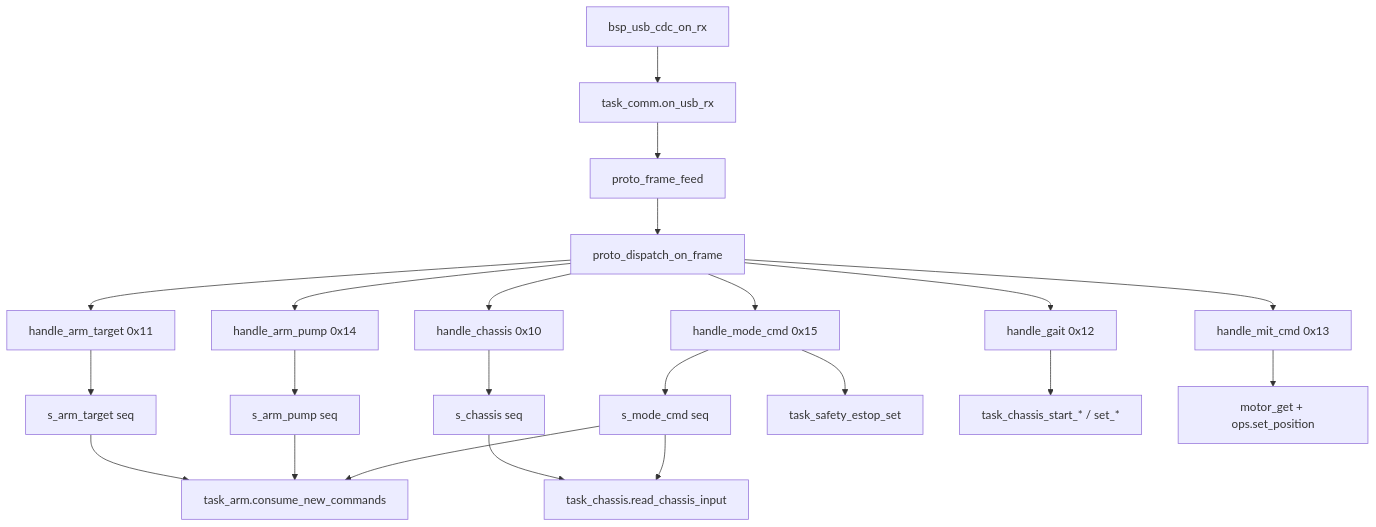
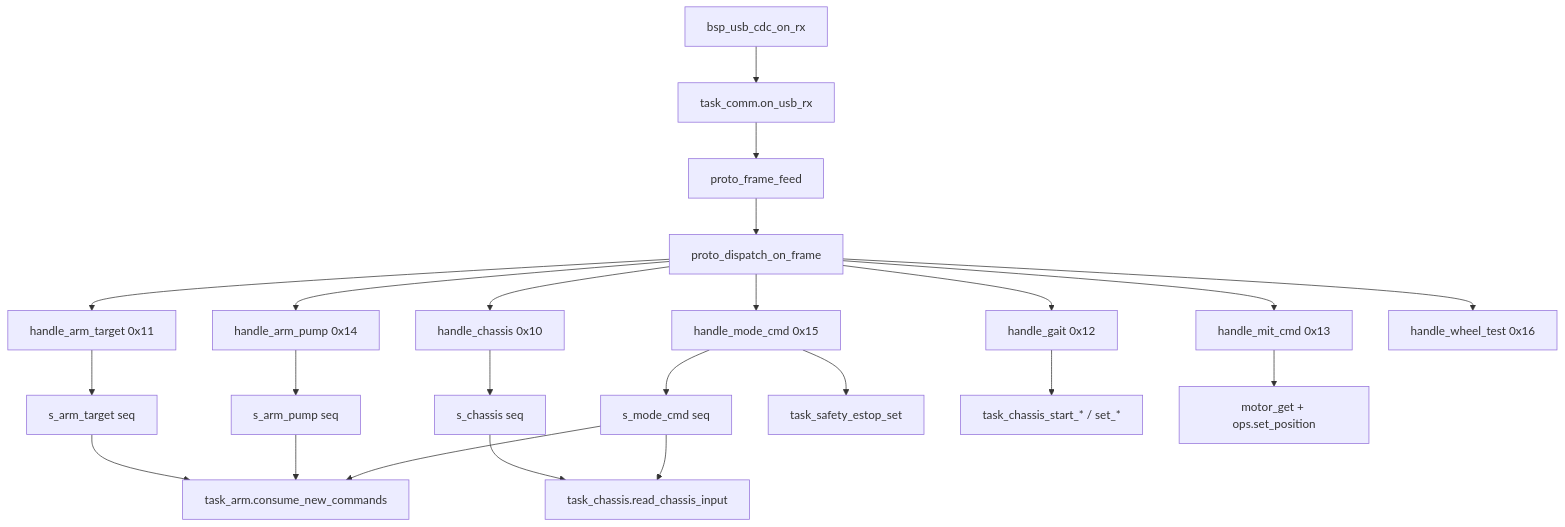
The first of 4 diagrams in docs/unified_control_code_map.md (perfectYYY/FengMH), drawn with Mermaid before and after one commit. The commit also changed other lines of this file and 24 other files, not shown here.

````diff
--- a/docs/unified_control_code_map.md
+++ b/docs/unified_control_code_map.md
@@ -21,27 +21,28 @@
 ```mermaid
 flowchart TD
     USB["bsp_usb_cdc_on_rx"] --> COMM_RX["task_comm.on_usb_rx"]
     COMM_RX --> FRAME["proto_frame_feed"]
     FRAME --> DISPATCH["proto_dispatch_on_frame"]
 
     DISPATCH --> CHASSIS["handle_chassis 0x10"]
     DISPATCH --> ARM_TARGET["handle_arm_target 0x11"]
     DISPATCH --> GAIT["handle_gait 0x12"]
     DISPATCH --> MIT["handle_mit_cmd 0x13"]
     DISPATCH --> PUMP["handle_arm_pump 0x14"]
     DISPATCH --> MODE["handle_mode_cmd 0x15"]
+    DISPATCH --> WHEEL_TEST["handle_wheel_test 0x16"]
 
     CHASSIS --> S_CH["s_chassis seq"]
     ARM_TARGET --> S_AT["s_arm_target seq"]
     PUMP --> S_AP["s_arm_pump seq"]
     MODE --> S_MODE["s_mode_cmd seq"]
     MODE --> ESTOP["task_safety_estop_set"]
     GAIT --> TASK_CH_API["task_chassis_start_* / set_*"]
     MIT --> MOTOR["motor_get + ops.set_position"]
 
     S_CH --> TASK_CH["task_chassis.read_chassis_input"]
     S_MODE --> TASK_CH
     S_AT --> TASK_ARM["task_arm.consume_new_commands"]
     S_AP --> TASK_ARM
     S_MODE --> TASK_ARM
 ```
````
